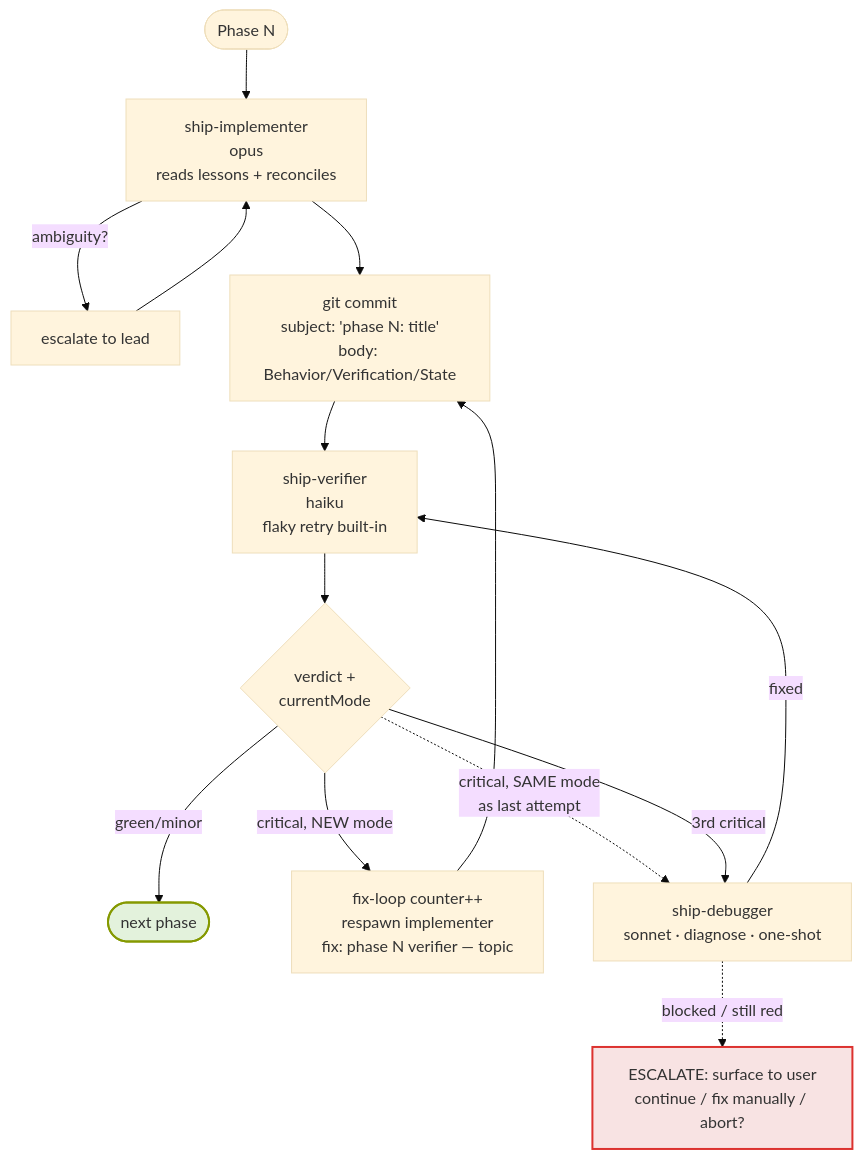
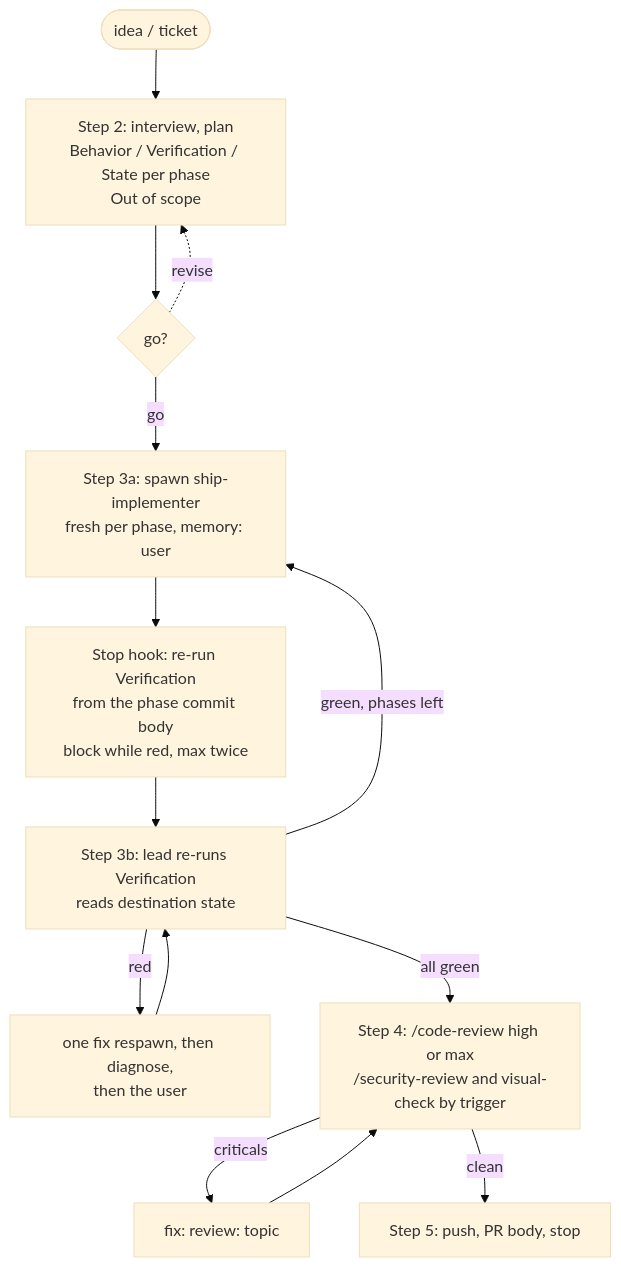
The diagram in ARCHITECTURE.md (aliaksei-loi/ship), drawn with Mermaid (base theme) before and after one commit. The commit also changed other lines of this file and 47 other files, not shown here.

````diff
--- a/ARCHITECTURE.md
+++ b/ARCHITECTURE.md
@@ -89,20 +7,15 @@
 ```mermaid
 flowchart TD
-    Start([Phase N]) --> Imp[ship-implementer<br/>opus<br/>reads lessons + reconciles]
-    Imp -->|ambiguity?| Esc[escalate to lead]
-    Esc --> Imp
-    Imp --> Commit[git commit<br/>subject: 'phase N: title'<br/>body: Behavior/Verification/State]
-    Commit --> Ver[ship-verifier<br/>haiku<br/>flaky retry built-in]
-    Ver --> Verdict{verdict +<br/>currentMode}
-    Verdict -->|green/minor| Next([next phase])
-    Verdict -->|critical, NEW mode| FixLoop[fix-loop counter++<br/>respawn implementer<br/>fix: phase N verifier — topic]
-    FixLoop --> Commit
-    Verdict -.critical, SAME mode<br/>as last attempt.-> Dbg
-    Verdict -->|3rd critical| Dbg[ship-debugger<br/>sonnet · diagnose · one-shot]
-    Dbg -->|fixed| Ver
-    Dbg -.blocked / still red.-> Stop[ESCALATE: surface to user<br/>continue / fix manually / abort?]:::stop
-
-    classDef stop fill:#f8e3e3,stroke:#dc322f,stroke-width:2px
-    classDef green fill:#e3f2dc,stroke:#859900,stroke-width:2px
-    class Next green
+  I([idea / ticket]) --> P[Step 2: interview, plan<br/>Behavior / Verification / State per phase<br/>Out of scope]
+  P --> G{go?}
+  G -.revise.-> P
+  G -->|go| S[Step 3a: spawn ship-implementer<br/>fresh per phase, memory: user]
+  S --> H[Stop hook: re-run Verification<br/>from the phase commit body<br/>block while red, max twice]
+  H --> L[Step 3b: lead re-runs Verification<br/>reads destination state]
+  L -->|red| F[one fix respawn, then diagnose,<br/>then the user]
+  F --> L
+  L -->|green, phases left| S
+  L -->|all green| R[Step 4: /code-review high or max<br/>/security-review and visual-check by trigger]
+  R -->|criticals| F2[fix: review: topic] --> R
+  R -->|clean| PR[Step 5: push, PR body, stop]
 ```
````
